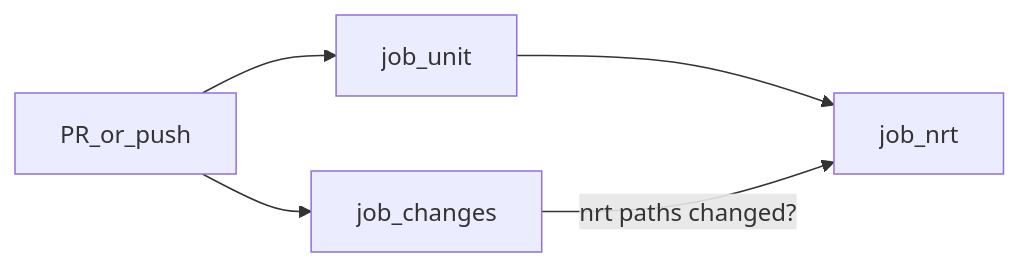
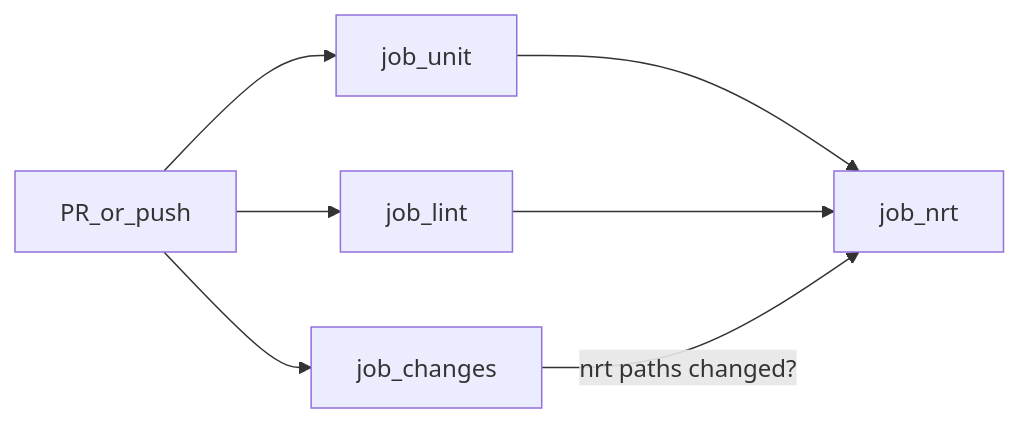
Before and after one commit to rnouteau/SportAI: the diagram in README.md, drawn with Mermaid. The commit also changed other lines of this file and 24 other files, not shown here.

````diff
--- a/README.md
+++ b/README.md
@@ -699,7 +701,9 @@
 ```mermaid
 flowchart LR
     pr[PR_or_push] --> unit[job_unit]
+    pr --> lint[job_lint]
     pr --> changes[job_changes]
     unit --> nrt[job_nrt]
+    lint --> nrt
     changes -->|"nrt paths changed?"| nrt
 ```
````
